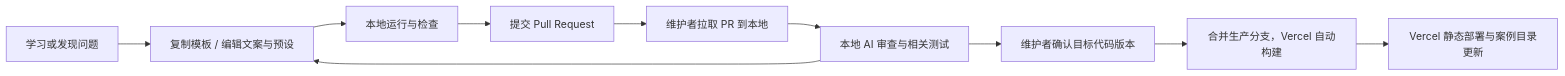
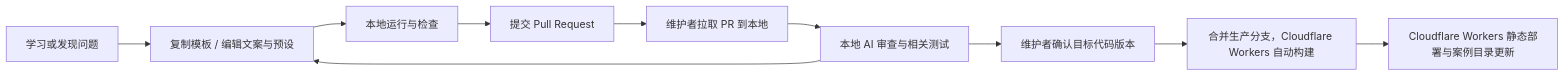
Before and after one commit to geoochi/feynman-technique: the diagram in docs/CONTRIBUTING_DESIGN.md, drawn with Mermaid. The commit also changed other lines of this file and 36 other files, not shown here.

First line of the commit message:
Add multilingual SEO and Cloudflare Workers deployment

````diff
--- a/docs/CONTRIBUTING_DESIGN.md
+++ b/docs/CONTRIBUTING_DESIGN.md
@@ -234,12 +234,12 @@
 ```mermaid
 flowchart LR
   A[学习或发现问题] --> B[复制模板 / 编辑文案与预设]
   B --> C[本地运行与检查]
   C --> D[提交 Pull Request]
   D --> E[维护者拉取 PR 到本地]
   E --> F[本地 AI 审查与相关测试]
   F --> M[维护者确认目标代码版本]
-  M --> G[合并生产分支，Vercel 自动构建]
-  G --> H[Vercel 静态部署与案例目录更新]
+  M --> G[合并生产分支，Cloudflare Workers 自动构建]
+  G --> H[Cloudflare Workers 静态部署与案例目录更新]
   F --> B
 ```
````
